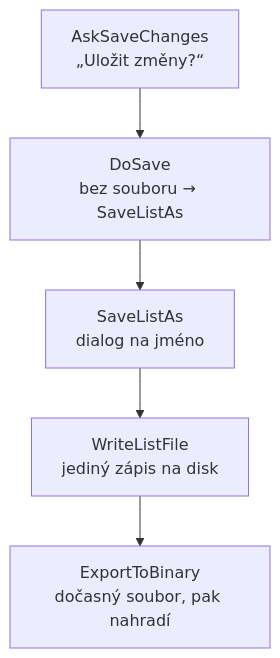
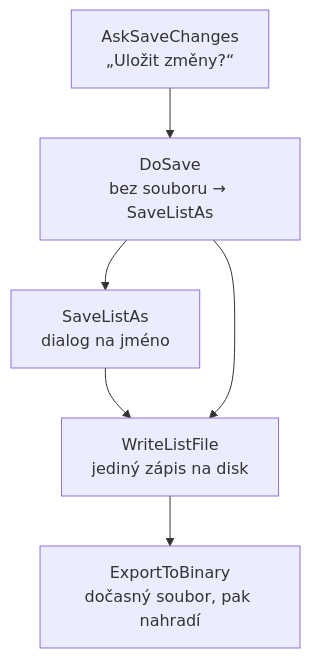
The first of 8 diagrams in docs/seznam-souradnic/prubeh-volani.md (kovarmi9/GeoSoft), drawn with Mermaid before and after one commit. The commit also changed other lines of this file and 85 other files, not shown here.

````diff
--- a/docs/seznam-souradnic/prubeh-volani.md
+++ b/docs/seznam-souradnic/prubeh-volani.md
@@ -7,7 +7,8 @@
 ```mermaid
 flowchart TB
   A["AskSaveChanges<br>„Uložit změny?“"] --> D["DoSave<br>bez souboru → SaveListAs"]
   D --> S["SaveListAs<br>dialog na jméno"]
   S --> W["WriteListFile<br>jediný zápis na disk"]
+  D --> W
   W --> E["ExportToBinary<br>dočasný soubor, pak nahradí"]
 ```
````
